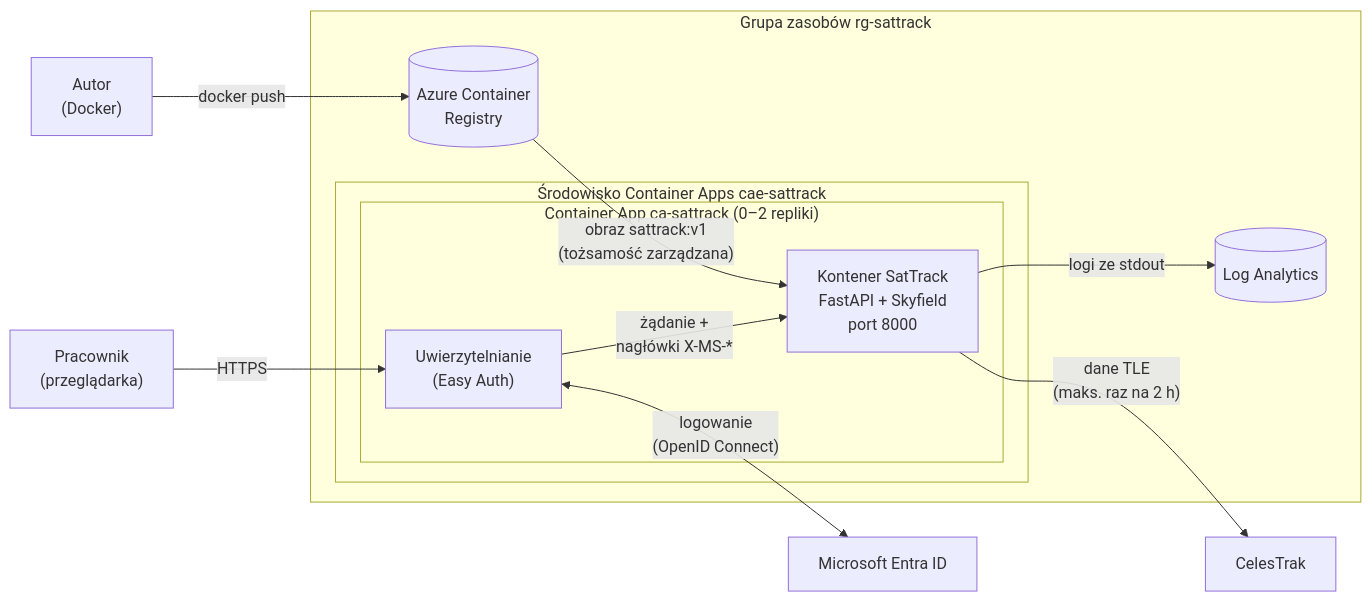
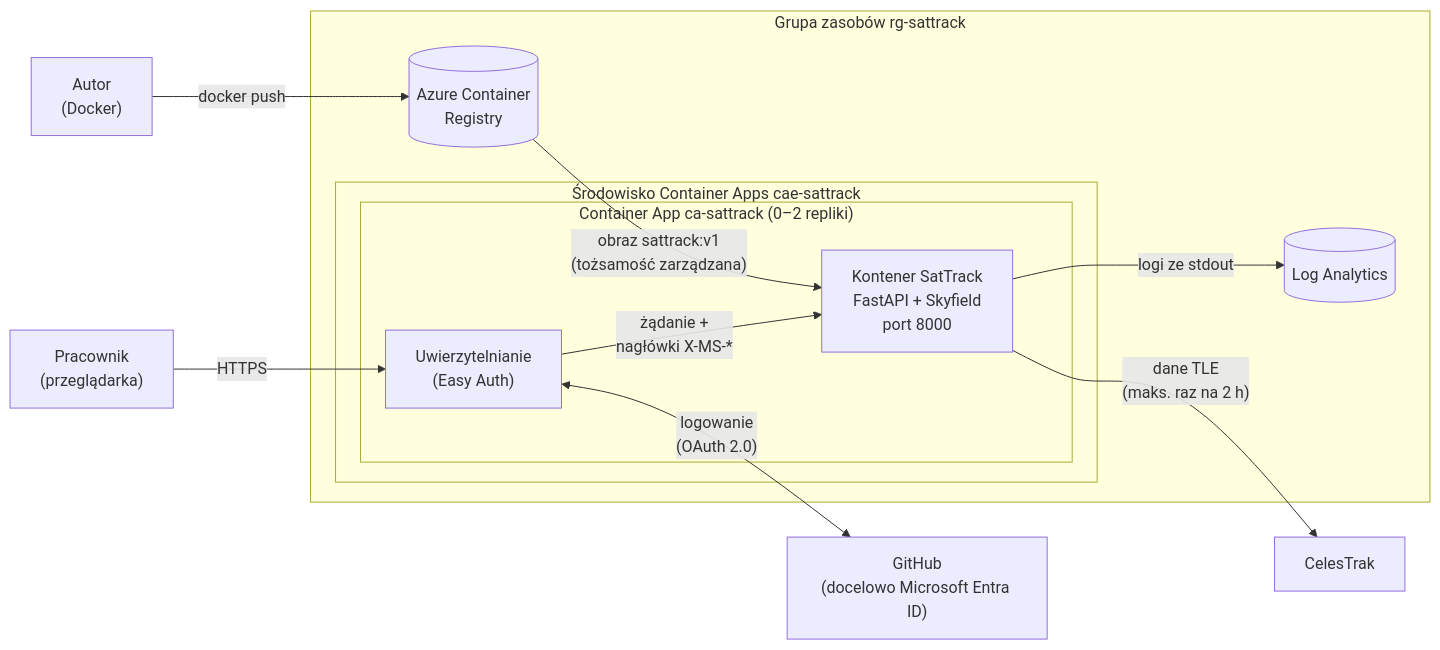
Before and after one commit to Jezus-Handgun/Sattrack-azure: the diagram in docs/ARCHITECTURE.md, drawn with Mermaid. The commit also changed other lines of this file and 9 other files, not shown here.

Commit message:
feat: GitHub sign-in with ALLOWED_USERS allow-list, germanywestcentral region

````diff
--- a/docs/ARCHITECTURE.md
+++ b/docs/ARCHITECTURE.md
@@ -7,20 +7,20 @@
 ```mermaid
 flowchart LR
     U["Pracownik<br/>(przeglądarka)"] -->|HTTPS| AUTH
 
     subgraph RG["Grupa zasobów rg-sattrack"]
         subgraph CAE["Środowisko Container Apps cae-sattrack"]
             subgraph CA["Container App ca-sattrack (0–2 repliki)"]
                 AUTH["Uwierzytelnianie<br/>(Easy Auth)"] -->|"żądanie +<br/>nagłówki X-MS-*"| APP["Kontener SatTrack<br/>FastAPI + Skyfield<br/>port 8000"]
             end
         end
         ACR[("Azure Container<br/>Registry")]
         LA[("Log Analytics")]
     end
 
-    AUTH <-->|"logowanie<br/>(OpenID Connect)"| ENTRA["Microsoft Entra ID"]
+    AUTH <-->|"logowanie<br/>(OAuth 2.0)"| IDP["GitHub<br/>(docelowo Microsoft Entra ID)"]
     ACR -->|"obraz sattrack:v1<br/>(tożsamość zarządzana)"| APP
     APP -->|"logi ze stdout"| LA
     APP -->|"dane TLE<br/>(maks. raz na 2 h)"| CT["CelesTrak"]
     DEV["Autor<br/>(Docker)"] -->|docker push| ACR
 ```
````
